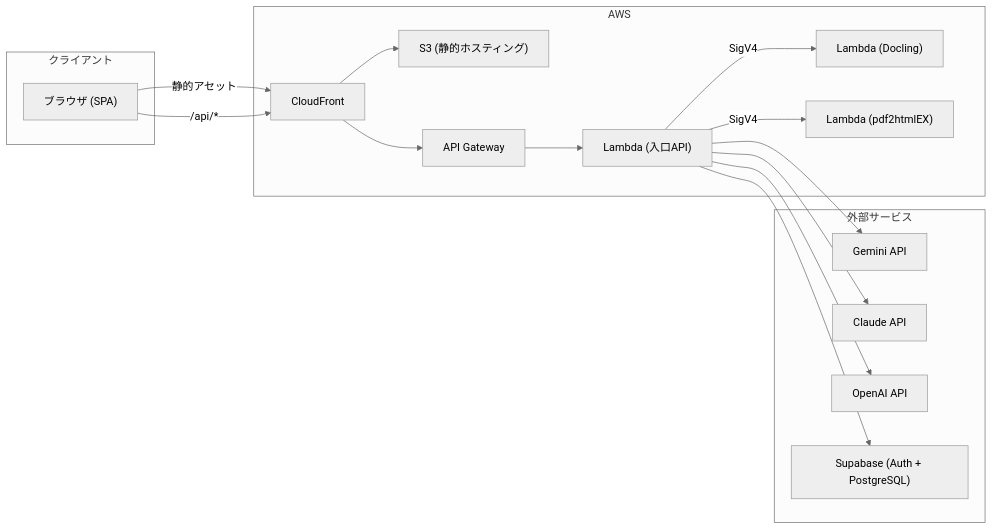
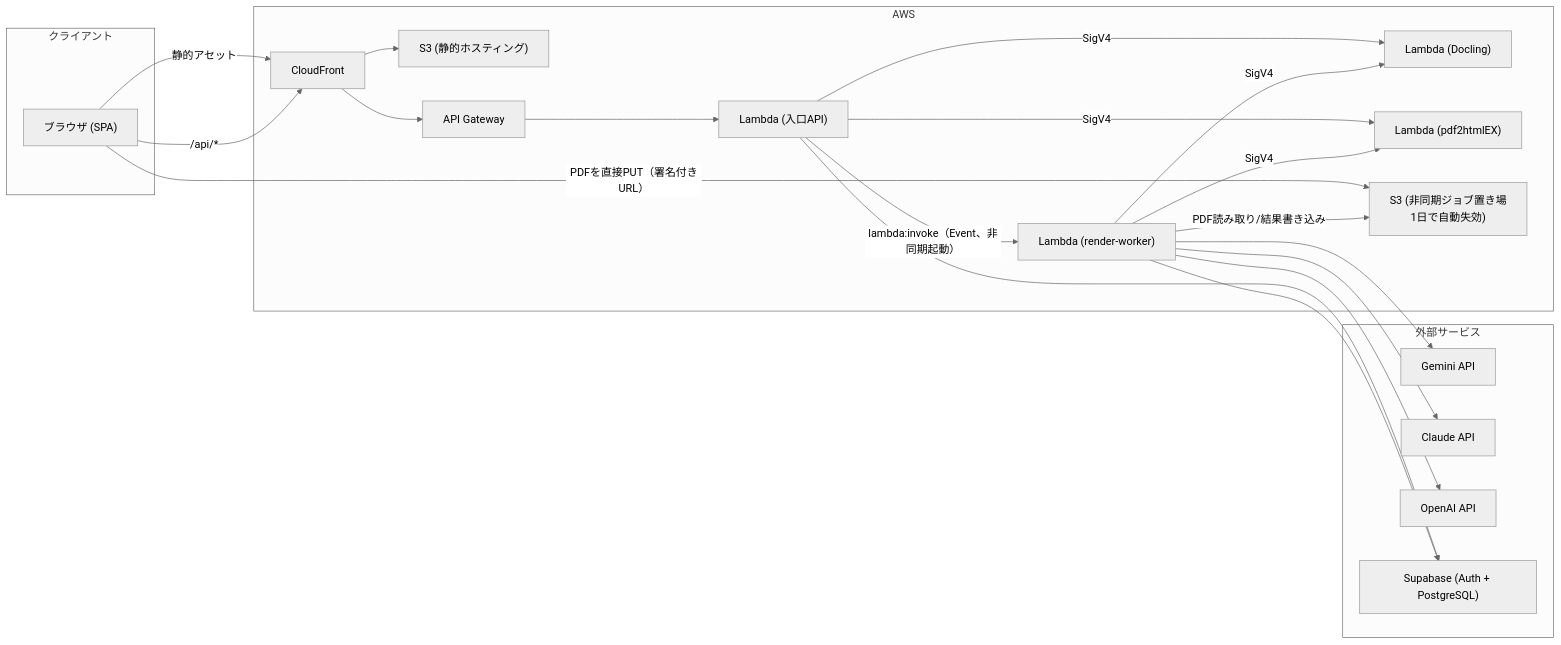
Before and after one commit to EisukeHishikawa/adapt-sheet: the first of 8 diagrams in docs/architecture.md, drawn with Mermaid (neutral theme). The commit also changed other lines of this file and 5 other files, not shown here.

First line of the commit message:
docs: 生成AI描画の非同期ジョブ化に合わせてシステム構成図・関連ドキュメントを更新する

````diff
--- a/docs/architecture.md
+++ b/docs/architecture.md
@@ -11,31 +11,39 @@
 ```mermaid
 flowchart LR
     subgraph Client["クライアント"]
         Browser["ブラウザ (SPA)"]
     end
 
     subgraph AWS["AWS"]
         CF["CloudFront"]
         S3["S3 (静的ホスティング)"]
         APIGW["API Gateway"]
         LambdaEntry["Lambda (入口API)"]
+        LambdaWorker["Lambda (render-worker)"]
         LambdaDocling["Lambda (Docling)"]
         LambdaPdf2HtmlEx["Lambda (pdf2htmlEX)"]
+        S3Jobs["S3 (非同期ジョブ置き場<br/>1日で自動失効)"]
     end
 
     subgraph External["外部サービス"]
         Gemini["Gemini API"]
         Claude["Claude API"]
         OpenAI["OpenAI API"]
         Supabase["Supabase (Auth + PostgreSQL)"]
     end
 
     Browser -->|静的アセット| CF --> S3
     Browser -->|"/api/*"| CF --> APIGW --> LambdaEntry
+    Browser -->|"PDFを直接PUT（署名付きURL）"| S3Jobs
     LambdaEntry -->|SigV4| LambdaDocling
     LambdaEntry -->|SigV4| LambdaPdf2HtmlEx
-    LambdaEntry --> Gemini
-    LambdaEntry --> Claude
-    LambdaEntry --> OpenAI
+    LambdaEntry -->|"lambda:invoke（Event、非同期起動）"| LambdaWorker
     LambdaEntry --> Supabase
+    LambdaWorker -->|"PDF読み取り/結果書き込み"| S3Jobs
+    LambdaWorker -->|SigV4| LambdaDocling
+    LambdaWorker -->|SigV4| LambdaPdf2HtmlEx
+    LambdaWorker --> Gemini
+    LambdaWorker --> Claude
+    LambdaWorker --> OpenAI
+    LambdaWorker --> Supabase
 ```
````
